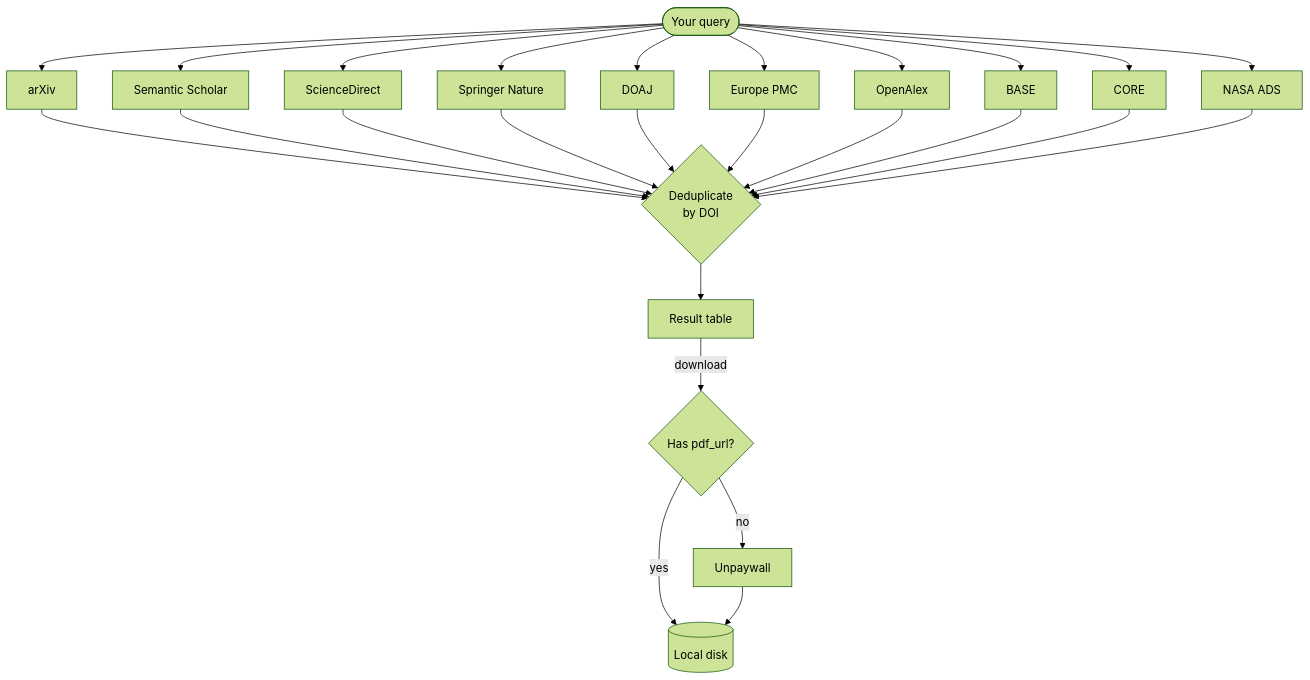
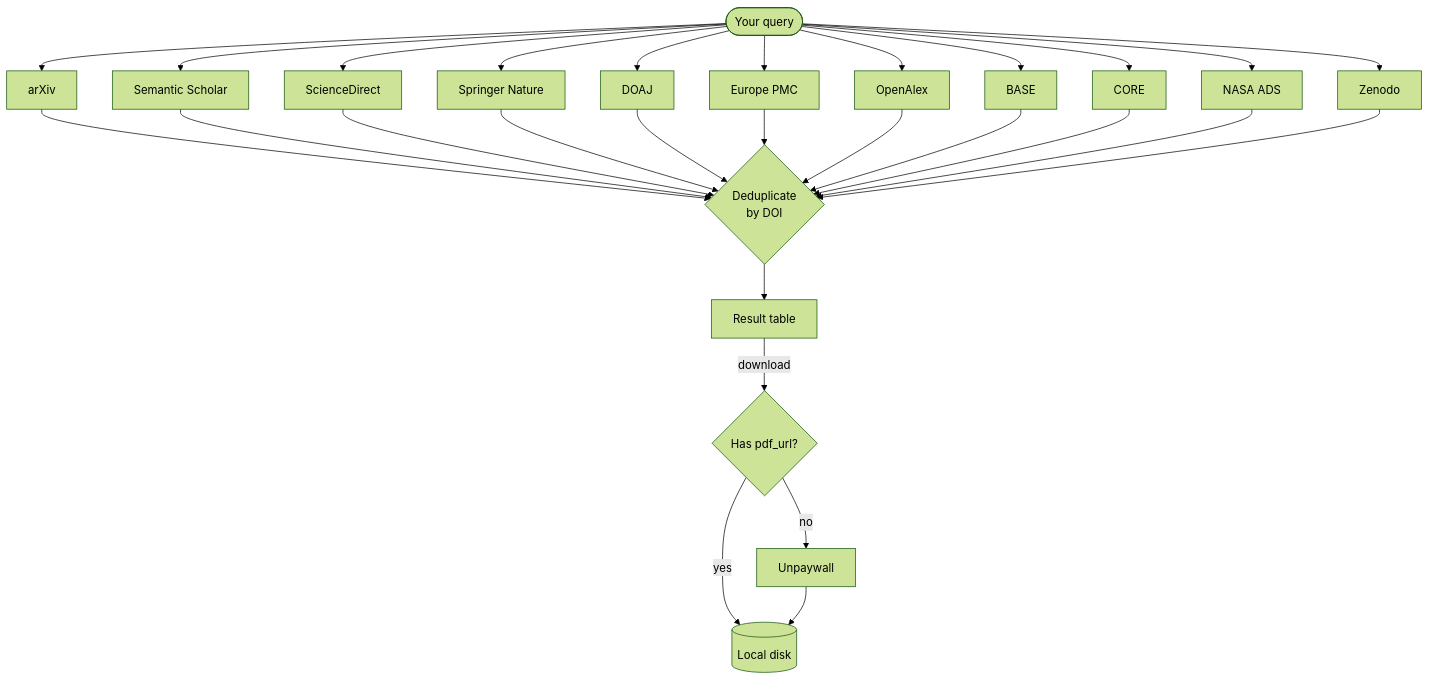
The diagram in docs/guide/sources.md (szaghi/mosaic), drawn with Mermaid (forest theme) before and after one commit. The commit also changed other lines of this file and 12 other files, not shown here.

````diff
--- a/docs/guide/sources.md
+++ b/docs/guide/sources.md
@@ -9,19 +9,20 @@
 ```mermaid
 flowchart TD
     Q([Your query]) --> A[arXiv]
     Q --> B[Semantic Scholar]
     Q --> C[ScienceDirect]
     Q --> SP[Springer Nature]
     Q --> D[DOAJ]
     Q --> E[Europe PMC]
     Q --> F[OpenAlex]
     Q --> G[BASE]
     Q --> H[CORE]
     Q --> N[NASA ADS]
-    A & B & C & SP & D & E & F & G & H & N --> I{Deduplicate\nby DOI}
+    Q --> Z[Zenodo]
+    A & B & C & SP & D & E & F & G & H & N & Z --> I{Deduplicate\nby DOI}
     I --> J[Result table]
     J -->|download| K{Has pdf_url?}
     K -- yes --> L[(Local disk)]
     K -- no --> M[Unpaywall]
     M --> L
 ```
````
